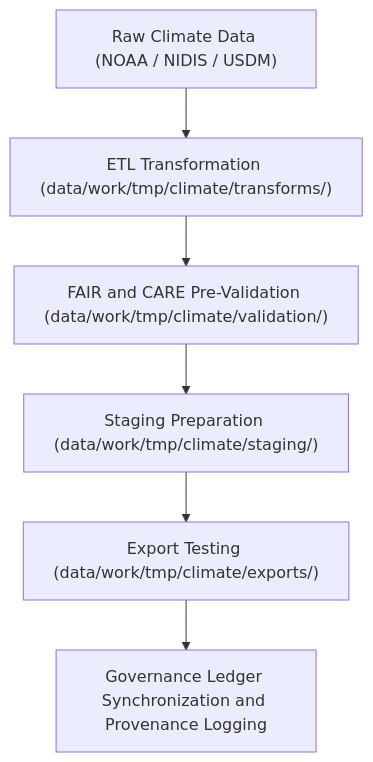
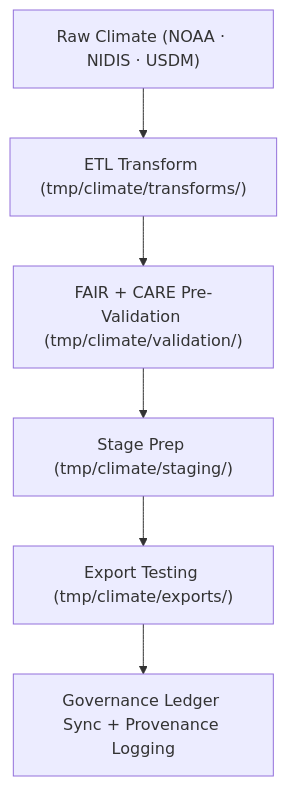
Before and after one commit to bartytime4life/Kansas-Frontier-Matrix: the diagram in data/work/tmp/climate/README.md, drawn with Mermaid. The commit also changed other lines of this file, not shown here.

````diff
--- a/data/work/tmp/climate/README.md
+++ b/data/work/tmp/climate/README.md
@@ -84,8 +82,8 @@
 ```mermaid
 flowchart TD
-    A["Raw Climate Data (NOAA / NIDIS / USDM)"] --> B["ETL Transformation (data/work/tmp/climate/transforms/)"]
-    B --> C["FAIR and CARE Pre-Validation (data/work/tmp/climate/validation/)"]
-    C --> D["Staging Preparation (data/work/tmp/climate/staging/)"]
-    D --> E["Export Testing (data/work/tmp/climate/exports/)"]
-    E --> F["Governance Ledger Synchronization and Provenance Logging"]
+    A["Raw Climate (NOAA · NIDIS · USDM)"] --> B["ETL Transform (tmp/climate/transforms/)"]
+    B --> C["FAIR + CARE Pre-Validation (tmp/climate/validation/)"]
+    C --> D["Stage Prep (tmp/climate/staging/)"]
+    D --> E["Export Testing (tmp/climate/exports/)"]
+    E --> F["Governance Ledger Sync + Provenance Logging"]
 ```
````
